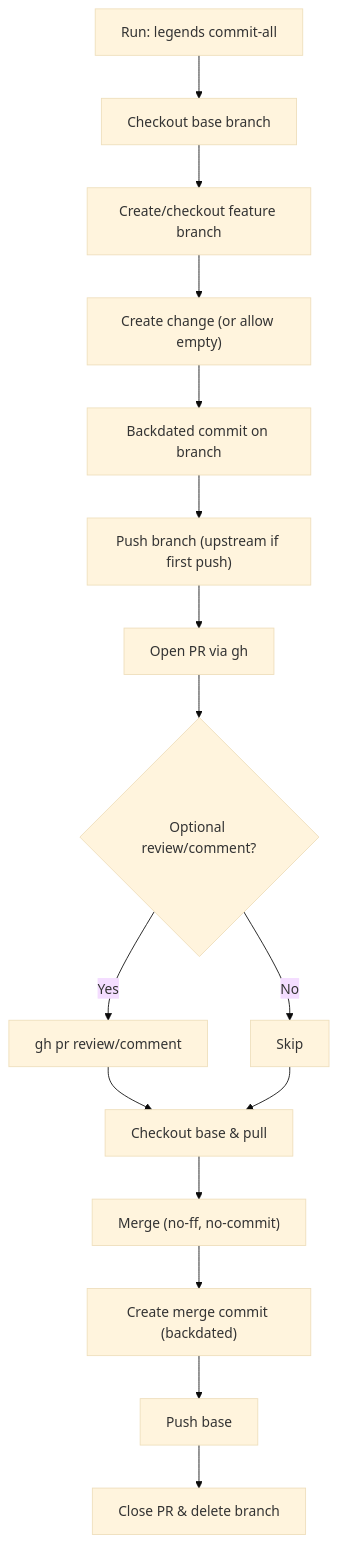
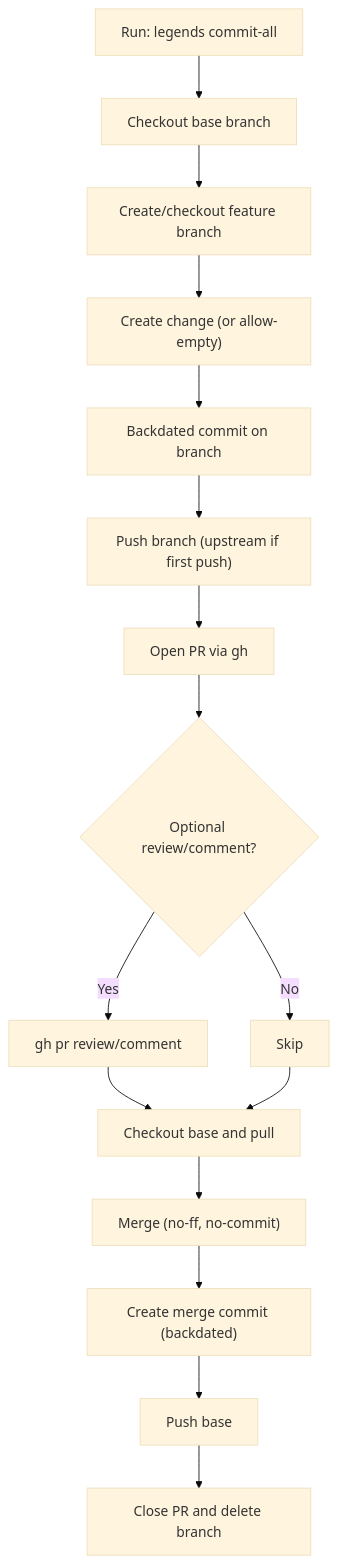
One commit to mrakbook/legends changed the first of 4 diagrams in README.md. Above: the diagram before and after it, drawn with Mermaid (base theme). The commit also changed other lines of this file, not shown here.

Commit message:
fixing diagram

````diff
--- a/README.md
+++ b/README.md
@@ -76,18 +76,18 @@
 ```mermaid
 flowchart TD
     A["Run: legends commit-all"] --> B["Checkout base branch"]
     B --> C["Create/checkout feature branch"]
-    C --> D["Create change (or allow empty)"]
+    C --> D["Create change (or allow-empty)"]
     D --> E["Backdated commit on branch"]
     E --> F["Push branch (upstream if first push)"]
     F --> G["Open PR via gh"]
-    G --> H{Optional review/comment?}
+    G --> H{"Optional review/comment?"}
     H -->|Yes| I["gh pr review/comment"]
     H -->|No| J["Skip"]
-    I --> K["Checkout base & pull"]
+    I --> K["Checkout base and pull"]
     J --> K
     K --> L["Merge (no-ff, no-commit)"]
     L --> M["Create merge commit (backdated)"]
     M --> N["Push base"]
-    N --> O["Close PR & delete branch"]
+    N --> O["Close PR and delete branch"]
 ```
````
